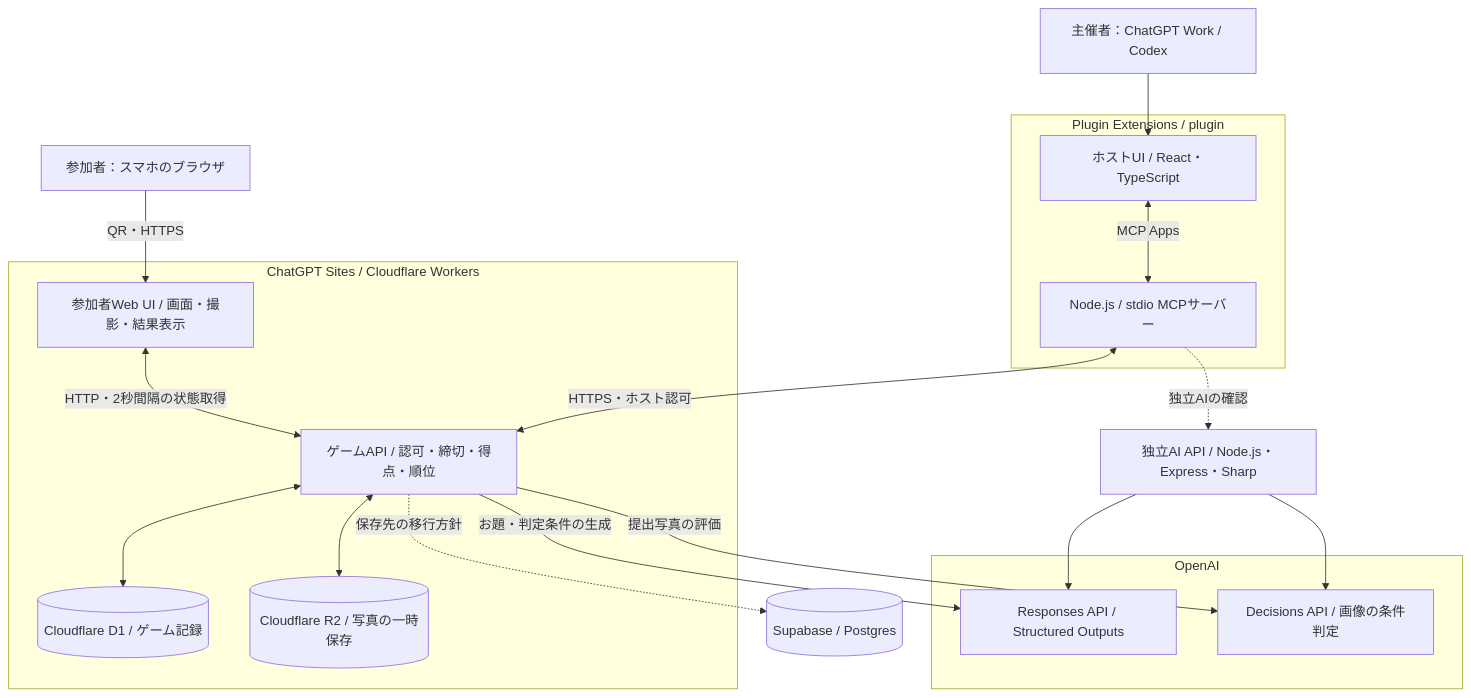
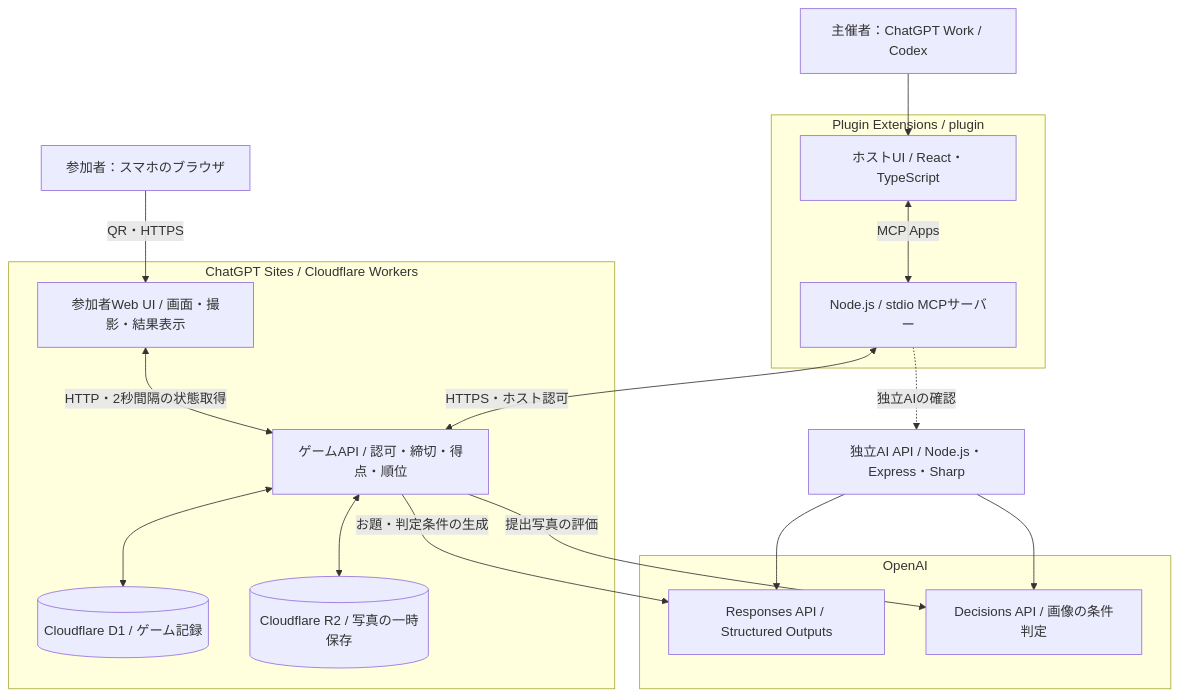
The diagram in README.md (ahwenu/scavenger-hunt), drawn with Mermaid before and after one commit. The commit also changed other lines of this file and 51 other files, not shown here.

````diff
--- a/README.md
+++ b/README.md
@@ -63,29 +63,28 @@
 ```mermaid
 flowchart TB
   Player["参加者：スマホのブラウザ"] -->|QR・HTTPS| Mobile
   Host["主催者：ChatGPT Work / Codex"] --> Extension
 
   subgraph Plugin["Plugin Extensions / plugin"]
     Extension["ホストUI / React・TypeScript"] <-->|MCP Apps| MCP["Node.js / stdio MCPサーバー"]
   end
 
   subgraph Sites["ChatGPT Sites / Cloudflare Workers"]
     Mobile["参加者Web UI / 画面・撮影・結果表示"] <-->|HTTP・2秒間隔の状態取得| API["ゲームAPI / 認可・締切・得点・順位"]
     API <--> D1[("Cloudflare D1 / ゲーム記録")]
     API <--> R2[("Cloudflare R2 / 写真の一時保存")]
   end
 
   MCP <-->|HTTPS・ホスト認可| API
 
   subgraph OpenAI["OpenAI"]
     Responses["Responses API / Structured Outputs"]
     Decisions["Decisions API / 画像の条件判定"]
   end
 
   API -->|お題・判定条件の生成| Responses
   API -->|提出写真の評価| Decisions
   MCP -. 独立AIの確認 .-> Independent["独立AI API / Node.js・Express・Sharp"]
   Independent --> Responses
   Independent --> Decisions
-  API -. 保存先の移行方針 .-> Supabase[("Supabase / Postgres")]
 ```
````
